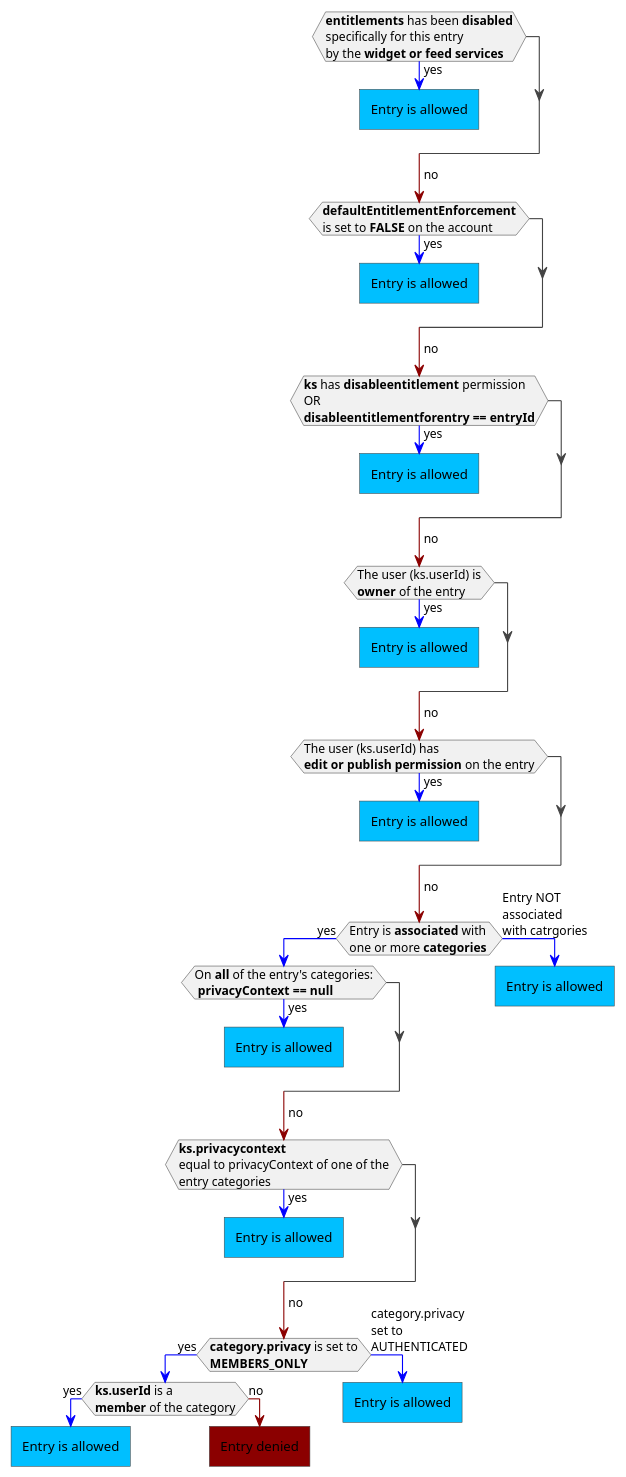
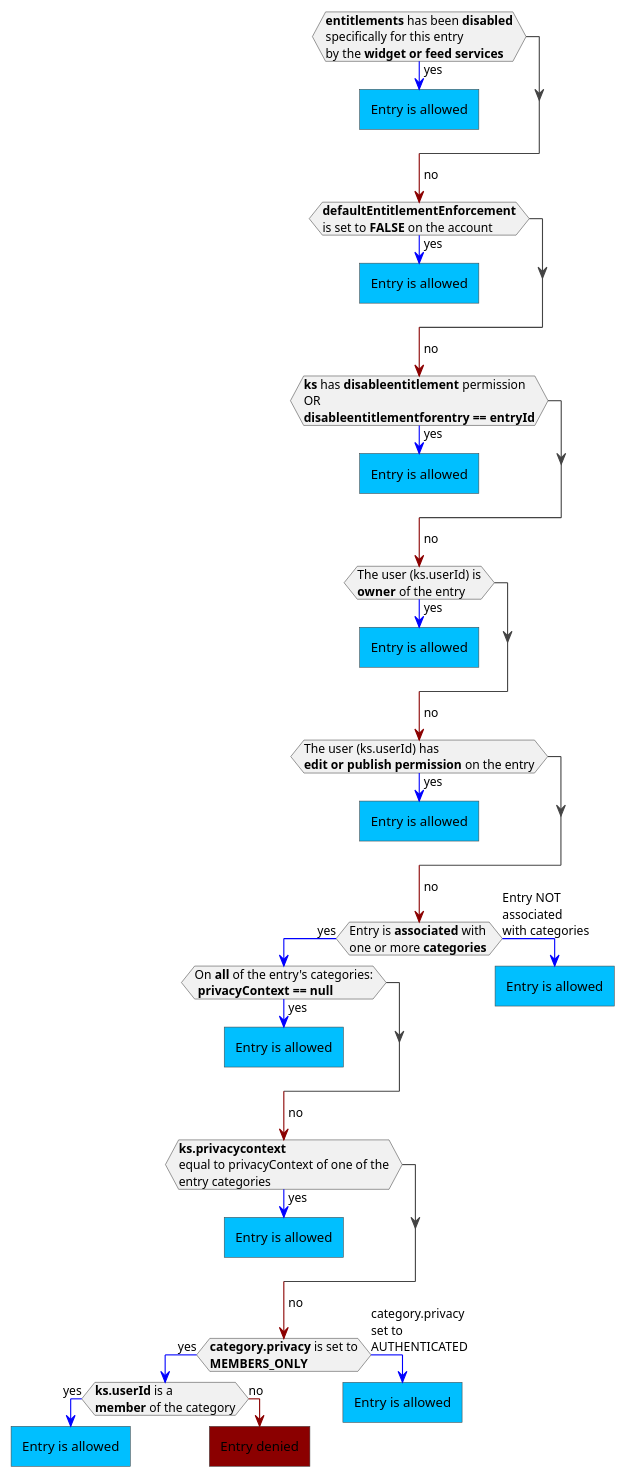
One commit to kaltura/DeveloperPortalDocs changed the diagram in documentation/03_Media-Management/Content-Entitlements-Privacy-Enforcement.md. Above: the diagram before and after it, drawn with PlantUML. The commit also changed other lines of this file, not shown here.

```diff
--- a/documentation/03_Media-Management/Content-Entitlements-Privacy-Enforcement.md
+++ b/documentation/03_Media-Management/Content-Entitlements-Privacy-Enforcement.md
@@ -16,72 +20,72 @@
 {% plantuml %}
 @startuml
 skinparam shadowing false
 skinparam activityBorderColor #444444
 skinparam activityArrowColor #444444
 if (**entitlements** has been **disabled**\nspecifically for this entry\nby the **widget or feed services**) then (yes)
 -[#blue]->
     #DeepSkyBlue:Entry is allowed]
     detach
 endif
 -[#DarkRed]-> no;
 if (**defaultEntitlementEnforcement**\nis set to **FALSE** on the account) then (yes)
 -[#blue]->
     #DeepSkyBlue:Entry is allowed]
     detach
 endif
 -[#DarkRed]-> no;
 if (**ks** has **disableentitlement** permission\nOR\n**disableentitlementforentry == entryId**) then (yes)
 -[#blue]->
     #DeepSkyBlue:Entry is allowed]
     detach
 endif
 -[#DarkRed]-> no;
 if (The user (ks.userId) is\n**owner** of the entry) then (yes)
 -[#blue]->
     #DeepSkyBlue:Entry is allowed]
     detach
 endif
 -[#DarkRed]-> no;
 if (The user (ks.userId) has\n**edit or publish permission** on the entry) then (yes)
 -[#blue]->
     #DeepSkyBlue:Entry is allowed]
     detach
 endif
 -[#DarkRed]-> no;
 if (Entry is **associated** with \none or more **categories**) then (yes)
 -[#blue]->
     if (On **all** of the entry's categories:\n **privacyContext == null**) then (yes)
     -[#blue]->
         #DeepSkyBlue:Entry is allowed]
         detach
     endif
     -[#DarkRed]-> no;
     if (**ks.privacycontext**\nequal to privacyContext of one of the\nentry categories) then (yes)
     -[#blue]->
         #DeepSkyBlue:Entry is allowed]
         detach
     endif
     -[#DarkRed]-> no;
     if (**category.privacy** is set to\n**MEMBERS_ONLY**) then (yes)
     -[#blue]->
         if (**ks.userId** is a\n**member** of the category) then (yes)
         -[#blue]->
             #DeepSkyBlue:Entry is allowed]
             detach
         else (no)
         -[#DarkRed]->
             #DarkRed:Entry denied]
             detach
         endif
     else (category.privacy\nset to\nAUTHENTICATED) 
     -[#blue]->
         #DeepSkyBlue:Entry is allowed]
         detach
     endif
-else (Entry NOT\nassociated\nwith catrgories)
+else (Entry NOT\nassociated\nwith categories)
 -[#blue]->
     #DeepSkyBlue:Entry is allowed]
     detach
 endif
 @enduml
 {% endplantuml %}
```
